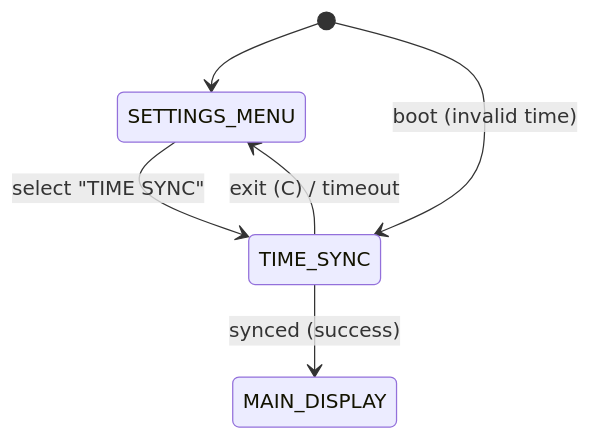
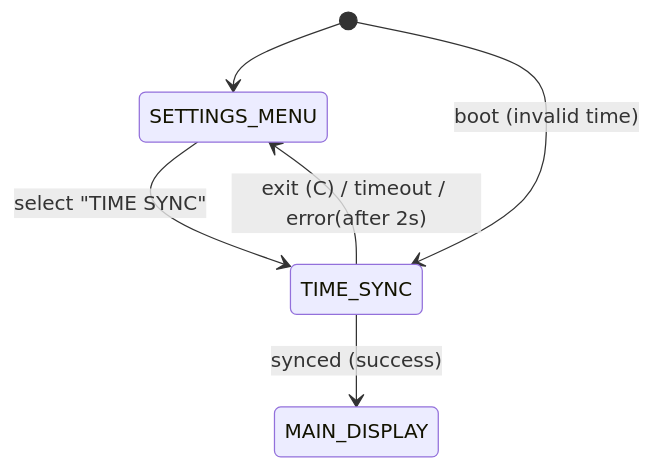
Before and after one commit to ycums/Aimatix: the diagram in doc/design/ui_state_management.md, drawn with Mermaid. The commit also changed other lines of this file and 7 other files, not shown here.

````diff
--- a/doc/design/ui_state_management.md
+++ b/doc/design/ui_state_management.md
@@ -145,8 +159,8 @@
 ```mermaid
 stateDiagram-v2
   [*] --> SETTINGS_MENU
   SETTINGS_MENU --> TIME_SYNC: select "TIME SYNC"
   [*] --> TIME_SYNC: boot (invalid time)
   TIME_SYNC --> MAIN_DISPLAY: synced (success)
-  TIME_SYNC --> SETTINGS_MENU: exit (C) / timeout
+  TIME_SYNC --> SETTINGS_MENU: exit (C) / timeout / error(after 2s)
 ```
````
